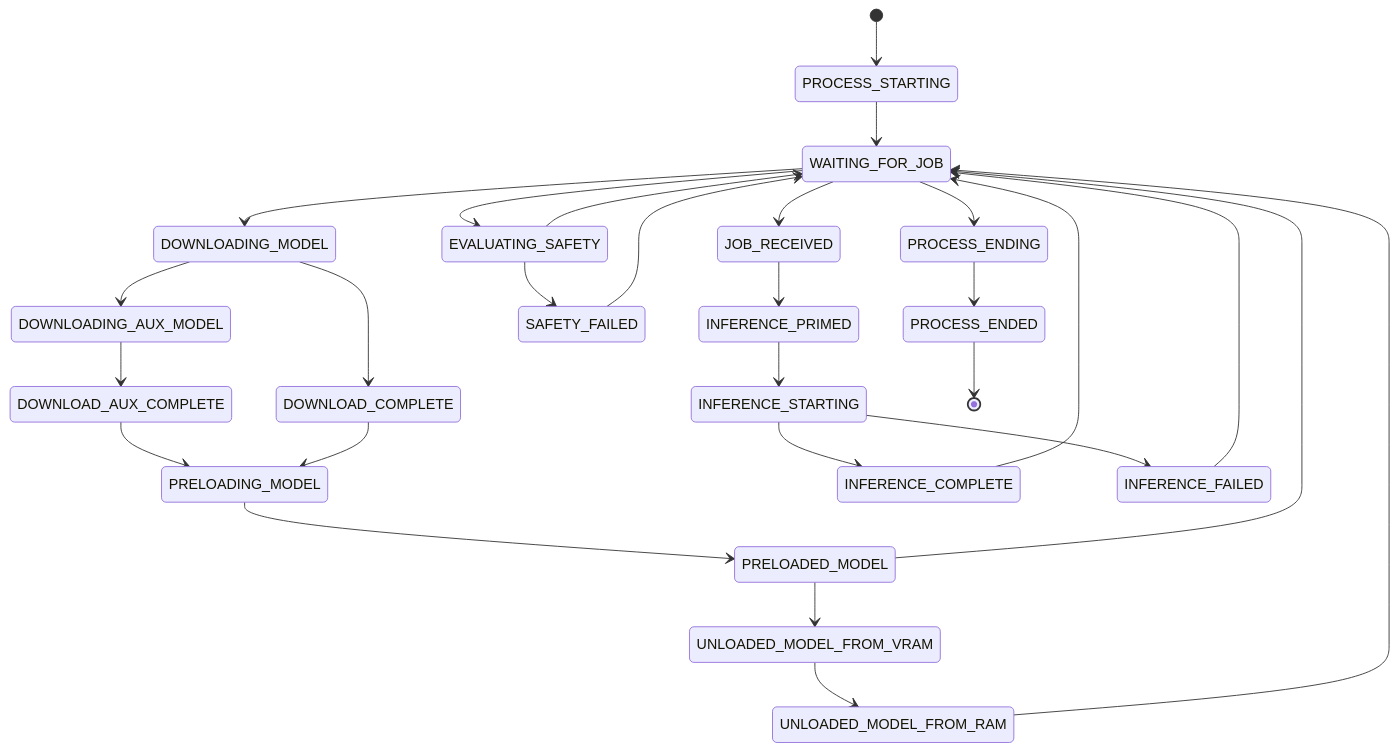
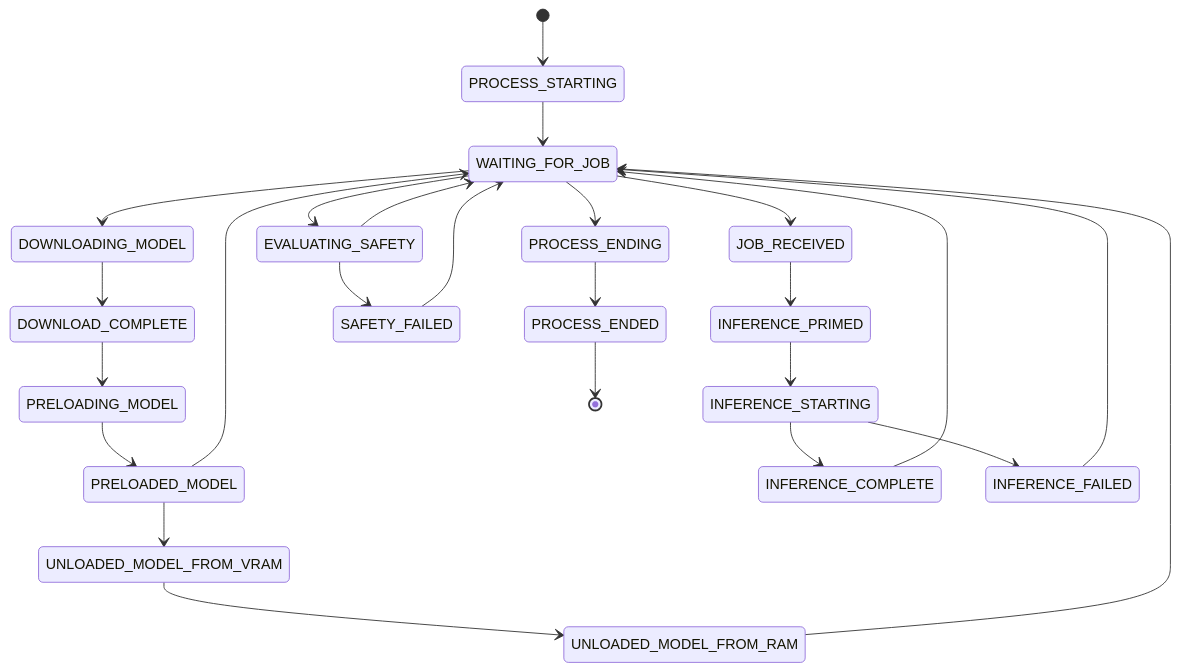
One commit to tazlin/horde-worker-reGen changed the diagram in docs/explanation/ipc_and_messaging.md. Above: the diagram before and after it, drawn with Mermaid. The commit also changed other lines of this file and 10 other files, not shown here.

````diff
--- a/docs/explanation/ipc_and_messaging.md
+++ b/docs/explanation/ipc_and_messaging.md
@@ -125,30 +125,27 @@
 ```mermaid
 stateDiagram-v2
     [*] --> PROCESS_STARTING
     PROCESS_STARTING --> WAITING_FOR_JOB
     WAITING_FOR_JOB --> DOWNLOADING_MODEL
     DOWNLOADING_MODEL --> DOWNLOAD_COMPLETE
-    DOWNLOADING_MODEL --> DOWNLOADING_AUX_MODEL
-    DOWNLOADING_AUX_MODEL --> DOWNLOAD_AUX_COMPLETE
-    DOWNLOAD_AUX_COMPLETE --> PRELOADING_MODEL
     DOWNLOAD_COMPLETE --> PRELOADING_MODEL
     PRELOADING_MODEL --> PRELOADED_MODEL
     PRELOADED_MODEL --> WAITING_FOR_JOB
     PRELOADED_MODEL --> UNLOADED_MODEL_FROM_VRAM
     UNLOADED_MODEL_FROM_VRAM --> UNLOADED_MODEL_FROM_RAM
     UNLOADED_MODEL_FROM_RAM --> WAITING_FOR_JOB
     WAITING_FOR_JOB --> JOB_RECEIVED
     JOB_RECEIVED --> INFERENCE_PRIMED
     INFERENCE_PRIMED --> INFERENCE_STARTING
     INFERENCE_STARTING --> INFERENCE_COMPLETE
     INFERENCE_STARTING --> INFERENCE_FAILED
     INFERENCE_COMPLETE --> WAITING_FOR_JOB
     INFERENCE_FAILED --> WAITING_FOR_JOB
     WAITING_FOR_JOB --> EVALUATING_SAFETY
     EVALUATING_SAFETY --> WAITING_FOR_JOB
     EVALUATING_SAFETY --> SAFETY_FAILED
     SAFETY_FAILED --> WAITING_FOR_JOB
     WAITING_FOR_JOB --> PROCESS_ENDING
     PROCESS_ENDING --> PROCESS_ENDED
     PROCESS_ENDED --> [*]
 ```
````
